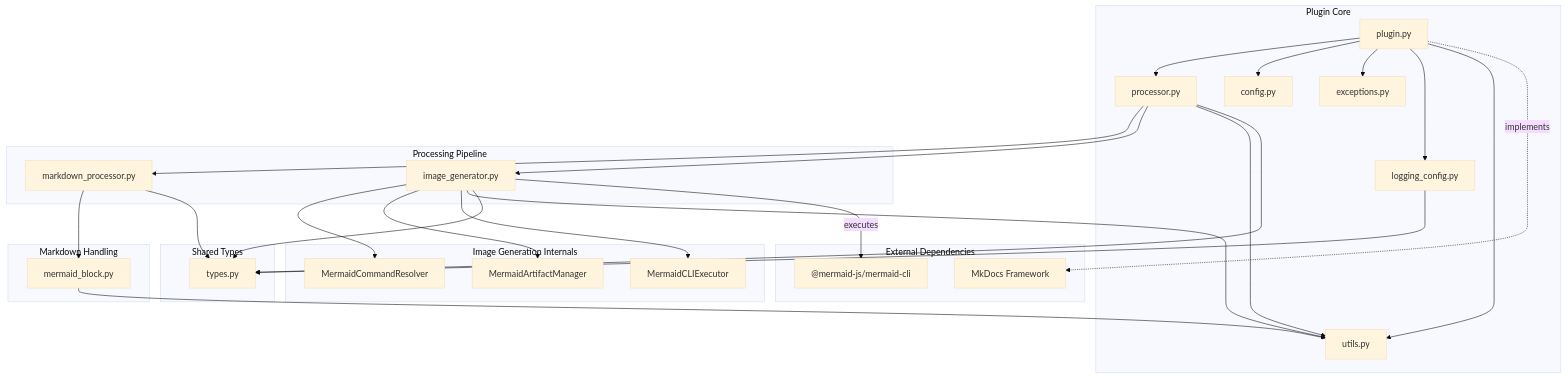
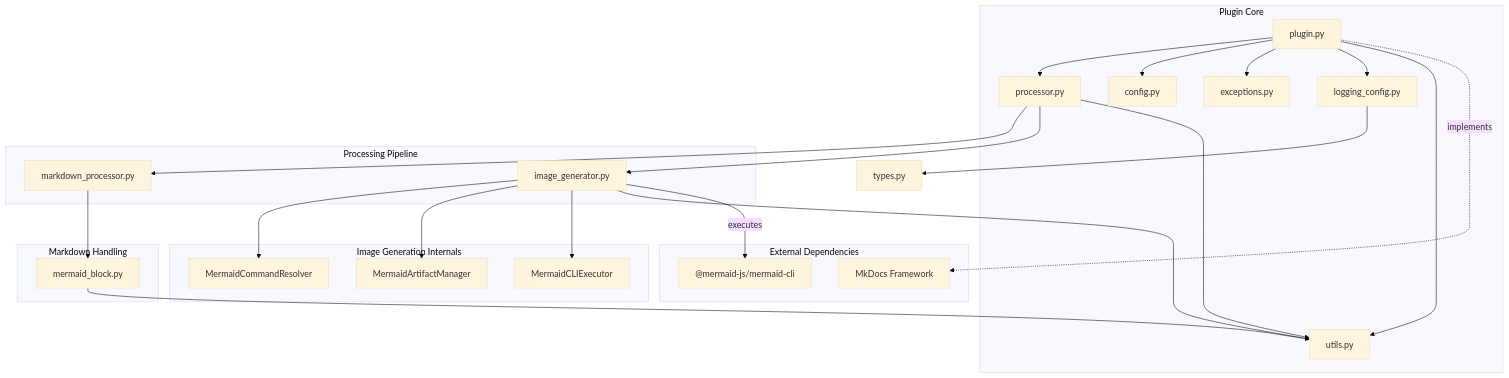
Before and after one commit to nuitsjp/mkdocs-mermaid-to-svg: the second of 4 diagrams in docs/architecture/index.md, drawn with Mermaid (base theme). The commit also changed other lines of this file and 1 other file, not shown here.

Commit message:
docs: index.mdにPDF互換性に関する設定の自動生成とログレベルの動作についての説明を追加

````diff
--- a/docs/architecture/index.md
+++ b/docs/architecture/index.md
@@ -85,43 +85,37 @@
 ```mermaid
 graph TD
     subgraph "Plugin Core"
         A[plugin.py] --> B[processor.py]
         A --> C[config.py]
         A --> D[exceptions.py]
         A --> F[logging_config.py]
         A --> U[utils.py]
     end
 
     subgraph "Processing Pipeline"
         B --> G[markdown_processor.py]
         B --> H[image_generator.py]
         B --> U
     end
 
     subgraph "Markdown Handling"
         G --> I[mermaid_block.py]
         I --> U
     end
 
     subgraph "Image Generation Internals"
         H --> J[MermaidCommandResolver]
         H --> K[MermaidArtifactManager]
         H --> L[MermaidCLIExecutor]
         H --> U
     end
 
-    subgraph "Shared Types"
-        B --> T[types.py]
-        G --> T
-        H --> T
-        F --> T
-    end
-
     subgraph "External Dependencies"
         MkDocs[MkDocs Framework]
         MermaidCLI["@mermaid-js/mermaid-cli"]
     end
 
     A -.->|implements| MkDocs
     H -->|executes| MermaidCLI
+    F --> T[types.py]
 ```
````
